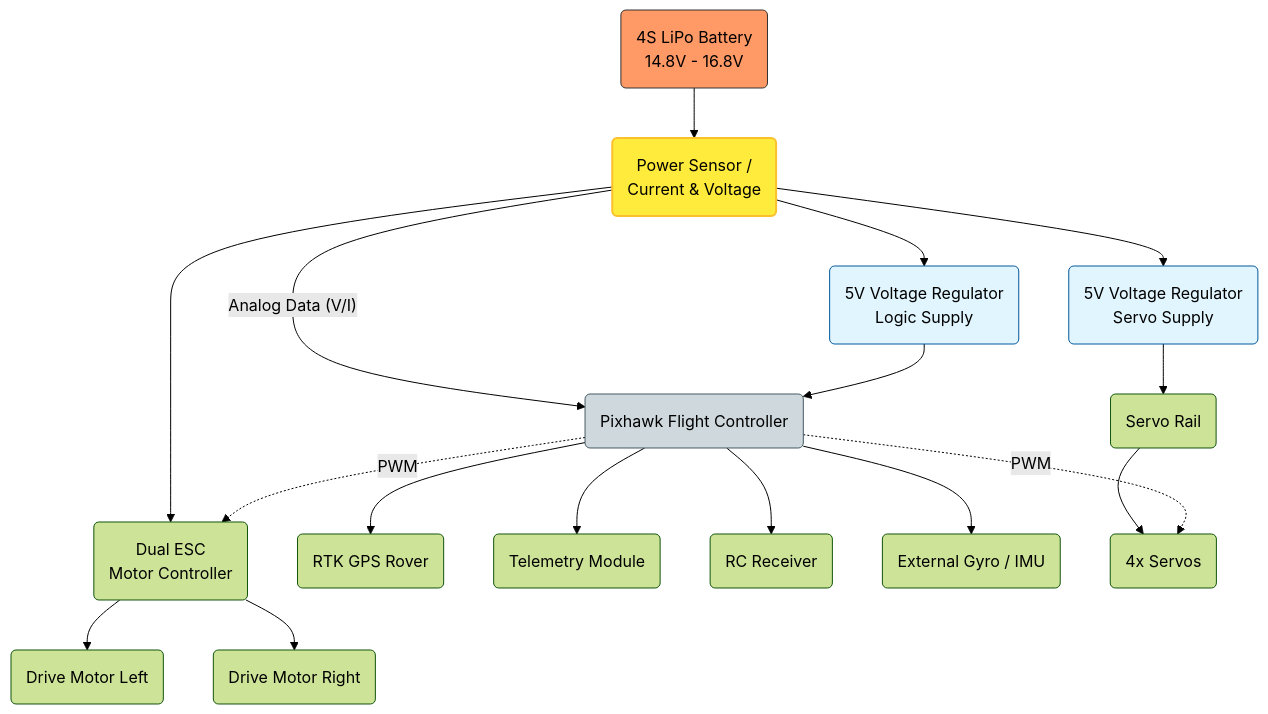
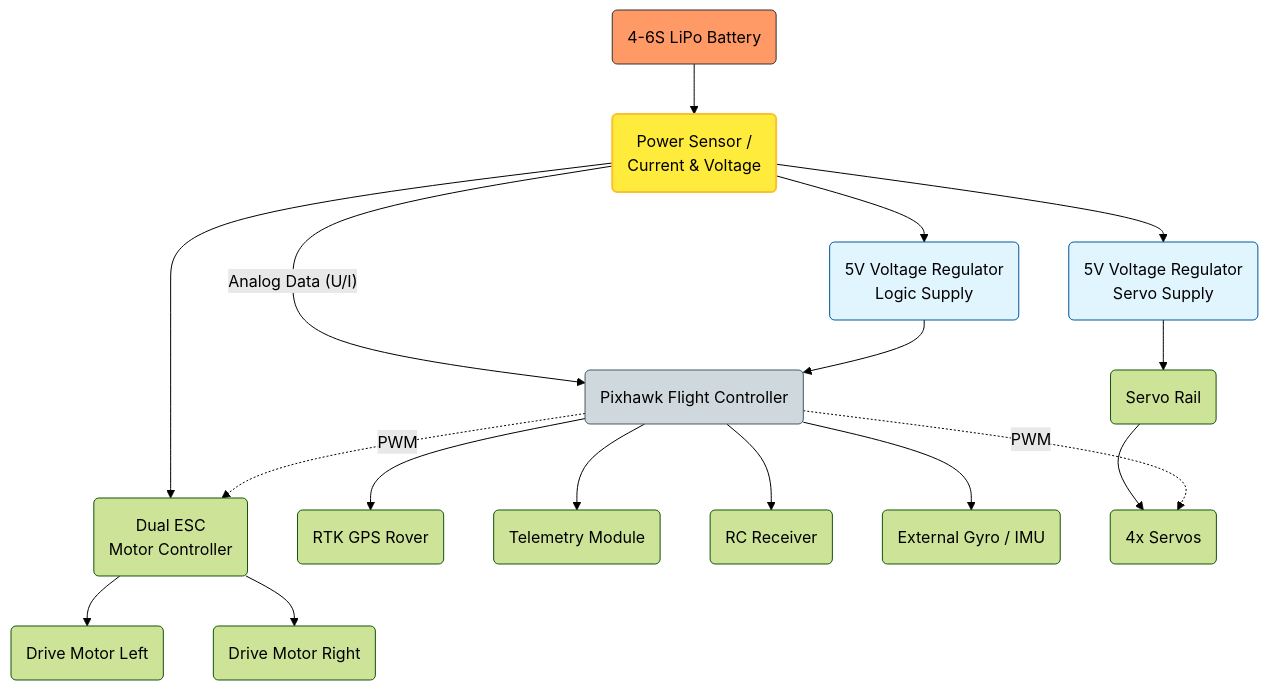
Before and after one commit to vBJohannes/RoadMarkerBot: the second of 4 diagrams in README.md, drawn with Mermaid (forest theme). The commit also changed other lines of this file, not shown here.

````diff
--- a/README.md
+++ b/README.md
@@ -60,39 +59,39 @@
 ```mermaid
 graph TD
     %% Power Source and Monitoring
-    BAT(4S LiPo Battery<br/>14.8V - 16.8V) --> SENS(Power Sensor / <br/>Current & Voltage)
+    BAT(4-6S LiPo Battery) --> SENS(Power Sensor / <br/>Current & Voltage)
     
     %% Monitoring Link
-    SENS -- "Analog Data (V/I)" --> PH(Pixhawk Flight Controller)
+    SENS -- "Analog Data (U/I)" --> PH(Pixhawk Flight Controller)
 
     %% Direct Power Distribution
     SENS --> ESC(Dual ESC<br/>Motor Controller)
     SENS --> REG1(5V Voltage Regulator<br/>Logic Supply)
     SENS --> REG2(5V Voltage Regulator<br/>Servo Supply)
 
     %% Drive System
     ESC --> M1(Drive Motor Left)
     ESC --> M2(Drive Motor Right)
 
     %% Logic Supply Path
     REG1 --> PH
     PH --> GPS(RTK GPS Rover)
     PH --> TELE(Telemetry Module)
     PH --> RC(RC Receiver)
     PH --> GYRO(External Gyro / IMU)
 
     %% Servo Supply Path
     REG2 --> SERVO_BUS(Servo Rail)
     SERVO_BUS --> S_ALL(4x Servos)
 
     %% Control Signals (Simplified)
     PH -. "PWM" .-> ESC
     PH -. "PWM" .-> S_ALL
 
     %% Styling
     style BAT fill:#f96,stroke:#333
     style SENS fill:#ffeb3b,stroke:#fbc02d,stroke-width:2px
     style PH fill:#cfd8dc,stroke:#455a64
     style REG1 fill:#e1f5fe,stroke:#01579b
     style REG2 fill:#e1f5fe,stroke:#01579b
 ```
````
